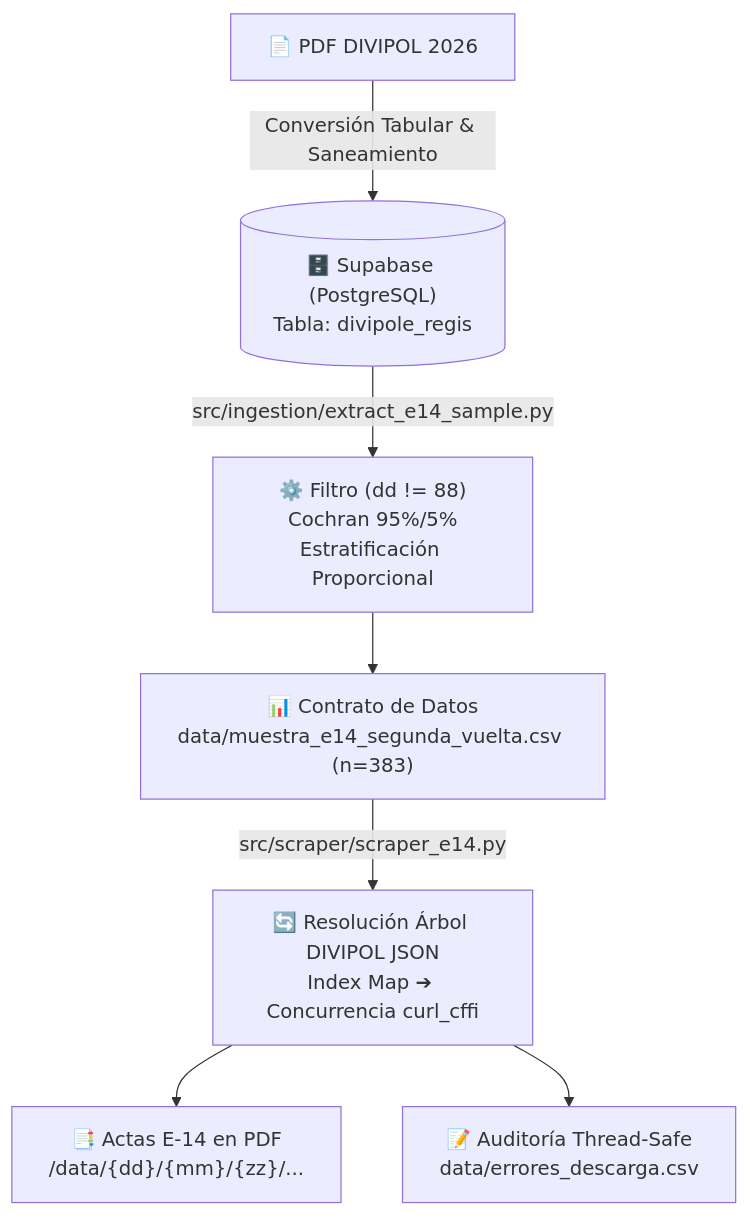
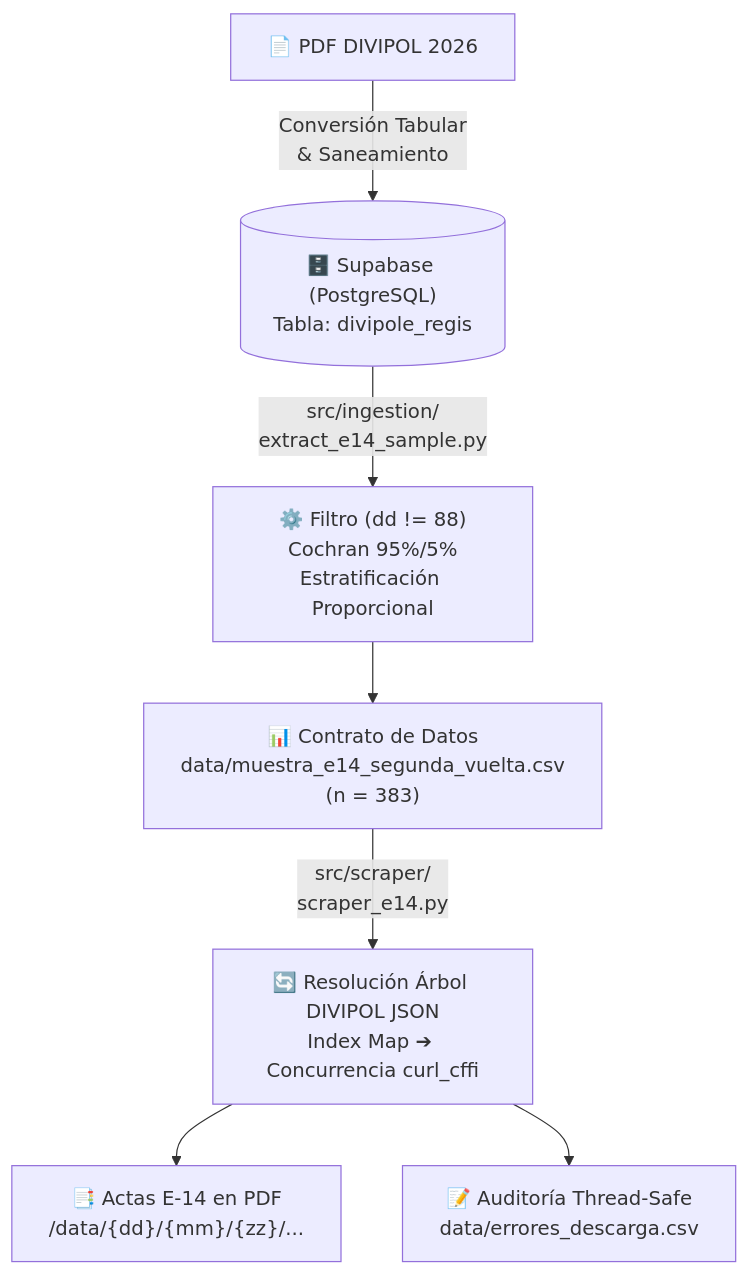
The diagram in README.md (MiganGalban/e14-vision-ocr-pipeline), drawn with Mermaid before and after one commit. The commit also changed other lines of this file, not shown here.

Commit message:
docs(readme): se mejoro visualizacion de arquitectura

````diff
--- a/README.md
+++ b/README.md
@@ -11,9 +13,13 @@
 ```mermaid
 flowchart TD
-    A["📄 PDF DIVIPOL 2026"] -->|Conversión Tabular & Saneamiento| B[("🗄️ Supabase (PostgreSQL)<br>Tabla: divipole_regis")]
-    B -->|src/ingestion/extract_e14_sample.py| C["⚙️ Filtro (dd != 88)<br>Cochran 95%/5%<br>Estratificación Proporcional"]
-    C --> D["📊 Contrato de Datos<br>data/muestra_e14_segunda_vuelta.csv (n=383)"]
-    D -->|src/scraper/scraper_e14.py| E["🔄 Resolución Árbol DIVIPOL JSON<br>Index Map ➔ Concurrencia curl_cffi"]
+    A["📄 PDF DIVIPOL 2026"] -->|Conversión Tabular<br>& Saneamiento| B[("🗄️ Supabase (PostgreSQL)<br>Tabla: divipole_regis")]
+    
+    B -->|src/ingestion/<br>extract_e14_sample.py| C["⚙️ Filtro (dd != 88)<br>Cochran 95%/5%<br>Estratificación Proporcional"]
+    
+    C --> D["📊 Contrato de Datos<br>data/muestra_e14_segunda_vuelta.csv<br>(n = 383)"]
+    
+    D -->|src/scraper/<br>scraper_e14.py| E["🔄 Resolución Árbol DIVIPOL JSON<br>Index Map ➔ Concurrencia curl_cffi"]
+    
     E --> F["📑 Actas E-14 en PDF<br>/data/{dd}/{mm}/{zz}/..."]
     E --> G["📝 Auditoría Thread-Safe<br>data/errores_descarga.csv"]
 ```
````
